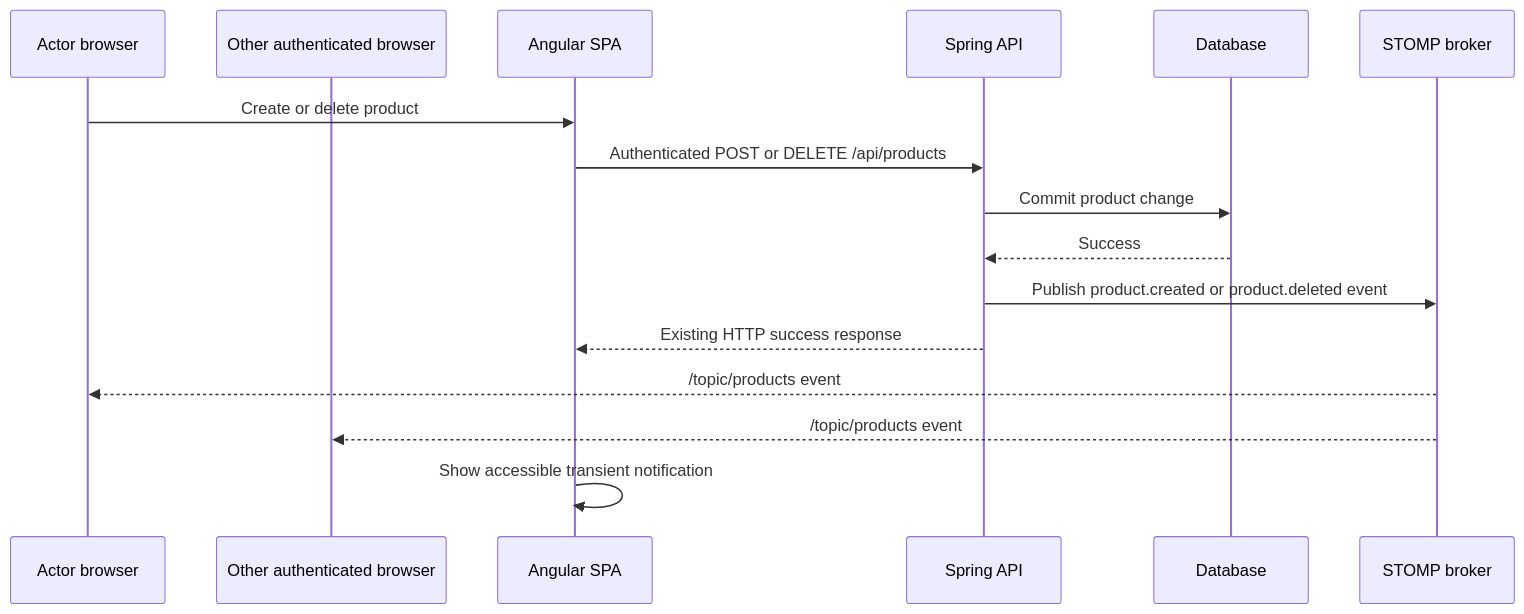
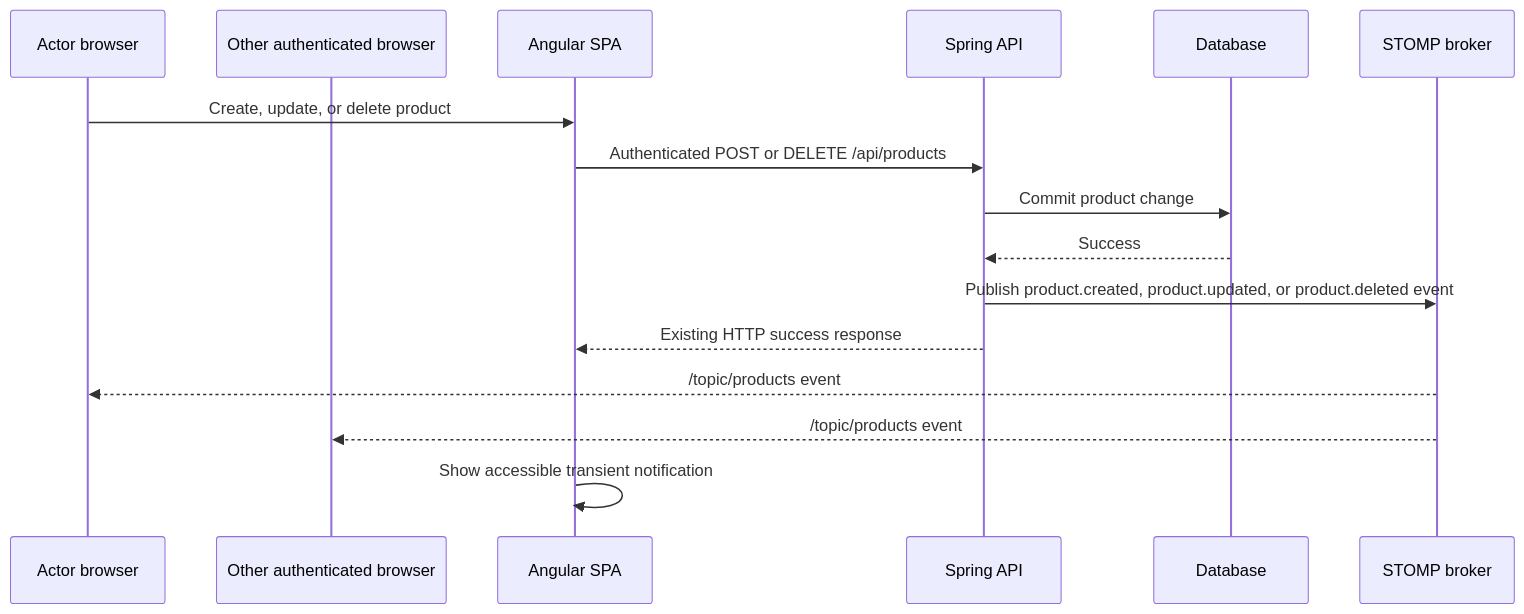
Before and after one commit to hynguyen2610/java-angular-crud: the diagram in docs/profile-and-product-notifications.md, drawn with Mermaid. The commit also changed other lines of this file and 21 other files, not shown here.

````diff
--- a/docs/profile-and-product-notifications.md
+++ b/docs/profile-and-product-notifications.md
@@ -29,19 +29,19 @@
 ```mermaid
 sequenceDiagram
   participant A as Actor browser
   participant B as Other authenticated browser
   participant F as Angular SPA
   participant API as Spring API
   participant DB as Database
   participant WS as STOMP broker
 
-  A->>F: Create or delete product
+  A->>F: Create, update, or delete product
   F->>API: Authenticated POST or DELETE /api/products
   API->>DB: Commit product change
   DB-->>API: Success
-  API->>WS: Publish product.created or product.deleted event
+  API->>WS: Publish product.created, product.updated, or product.deleted event
   API-->>F: Existing HTTP success response
   WS-->>A: /topic/products event
   WS-->>B: /topic/products event
   F->>F: Show accessible transient notification
 ```
````
